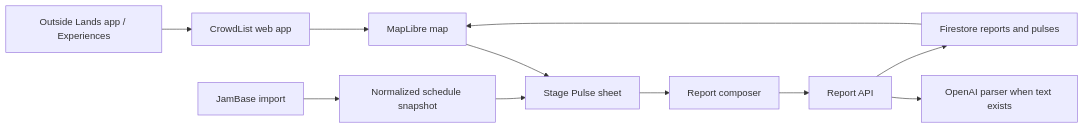
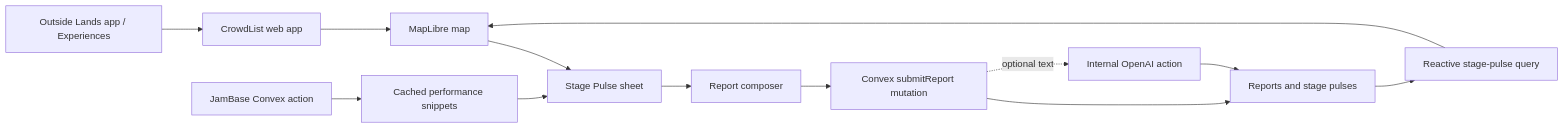
Before and after one commit to appley/crowdlist: the diagram in docs/product-spec.md, drawn with Mermaid. The commit also changed other lines of this file and 1 other file, not shown here.

Commit message:
docs: adopt Convex for CrowdList V1

````diff
--- a/docs/product-spec.md
+++ b/docs/product-spec.md
@@ -490,13 +475,15 @@
 ```mermaid
 flowchart LR
     G[Outside Lands app / Experiences] --> W[CrowdList web app]
     W --> M[MapLibre map]
     M --> S[Stage Pulse sheet]
     S --> R[Report composer]
-    R --> A[Report API]
-    A --> O[OpenAI parser when text exists]
-    A --> F[Firestore reports and pulses]
-    F --> M
-    J[JamBase import] --> C[Normalized schedule snapshot]
+    R --> U[Convex submitReport mutation]
+    U --> D[Reports and stage pulses]
+    D --> Q[Reactive stage-pulse query]
+    Q --> M
+    U -. optional text .-> O[Internal OpenAI action]
+    O --> D
+    J[JamBase Convex action] --> C[Cached performance snippets]
     C --> S
 ```
````
